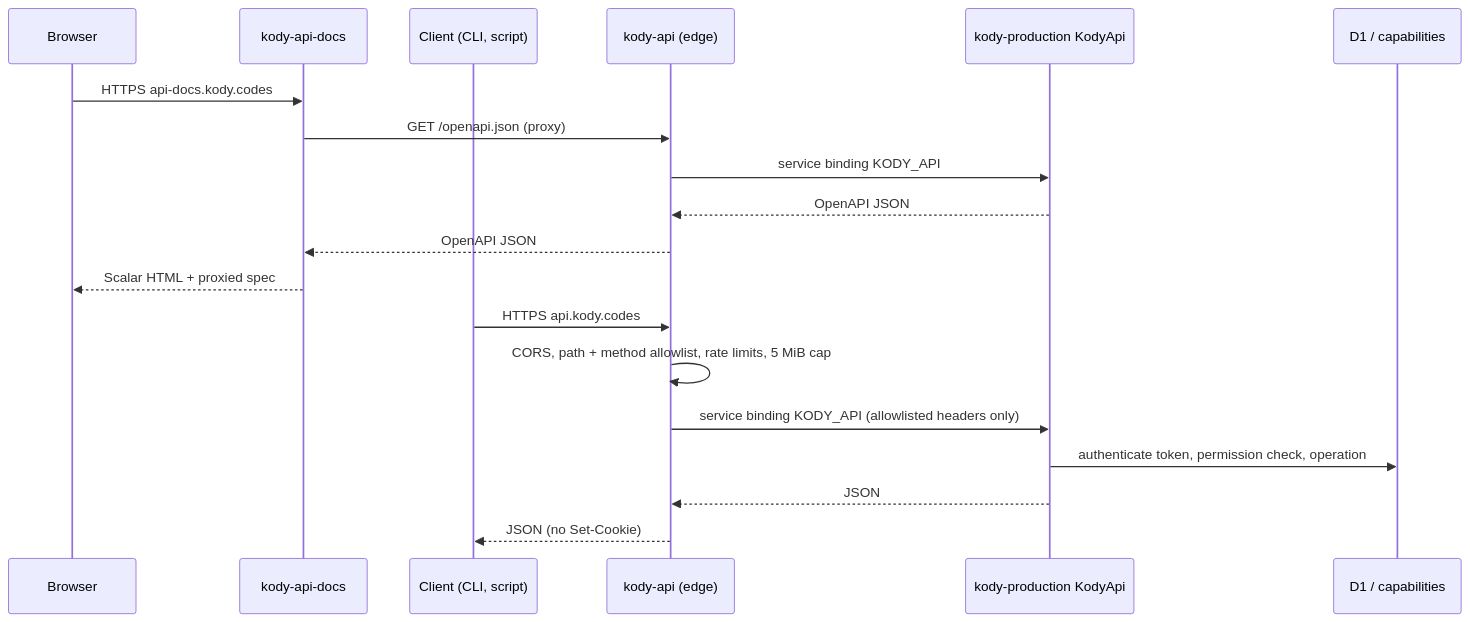
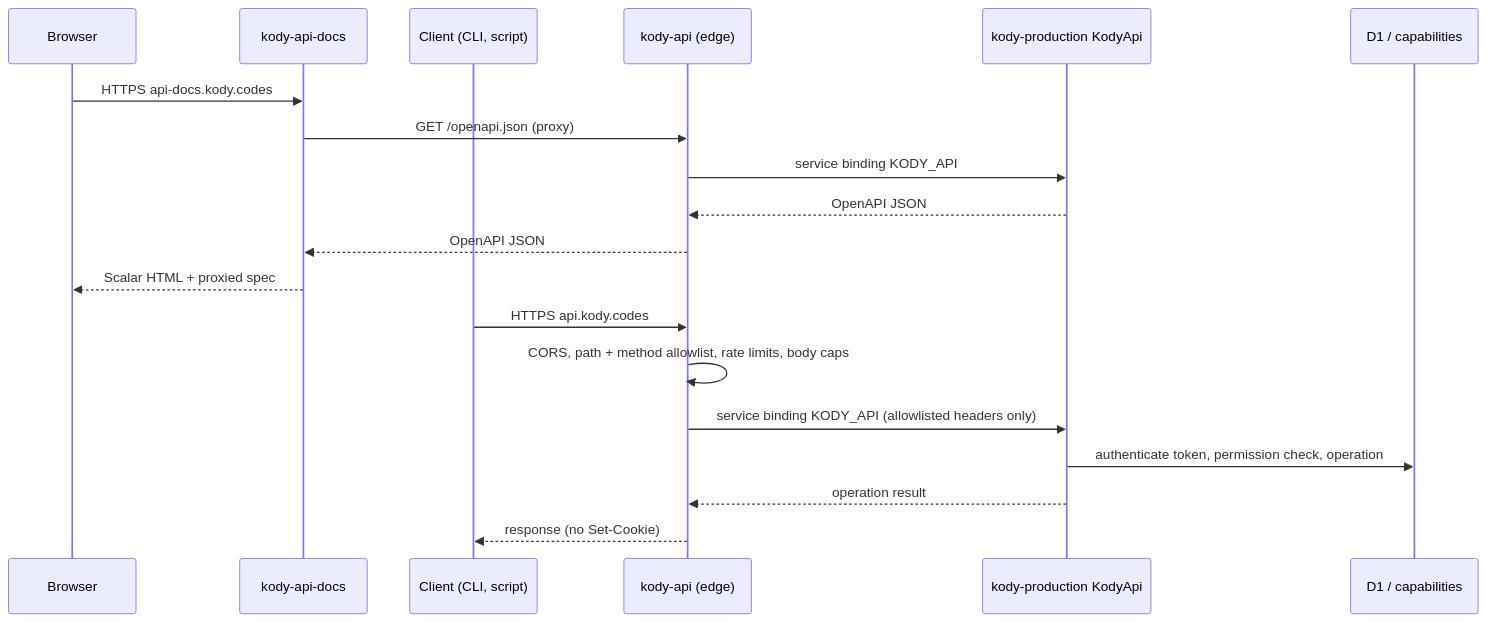
Before and after one commit to Cherry/kody: the diagram in docs/contributing/architecture/open-api.md, drawn with Mermaid. The commit also changed other lines of this file and 26 other files, not shown here.

````diff
--- a/docs/contributing/architecture/open-api.md
+++ b/docs/contributing/architecture/open-api.md
@@ -15,21 +17,21 @@
 ```mermaid
 sequenceDiagram
   participant B as Browser
   participant D as kody-api-docs
   participant C as Client (CLI, script)
   participant E as kody-api (edge)
   participant O as kody-production KodyApi
   participant DB as D1 / capabilities
   B->>D: HTTPS api-docs.kody.codes
   D->>E: GET /openapi.json (proxy)
   E->>O: service binding KODY_API
   O-->>E: OpenAPI JSON
   E-->>D: OpenAPI JSON
   D-->>B: Scalar HTML + proxied spec
   C->>E: HTTPS api.kody.codes
-  E->>E: CORS, path + method allowlist, rate limits, 5 MiB cap
+  E->>E: CORS, path + method allowlist, rate limits, body caps
   E->>O: service binding KODY_API (allowlisted headers only)
   O->>DB: authenticate token, permission check, operation
-  O-->>E: JSON
-  E-->>C: JSON (no Set-Cookie)
+  O-->>E: operation result
+  E-->>C: response (no Set-Cookie)
 ```
````
